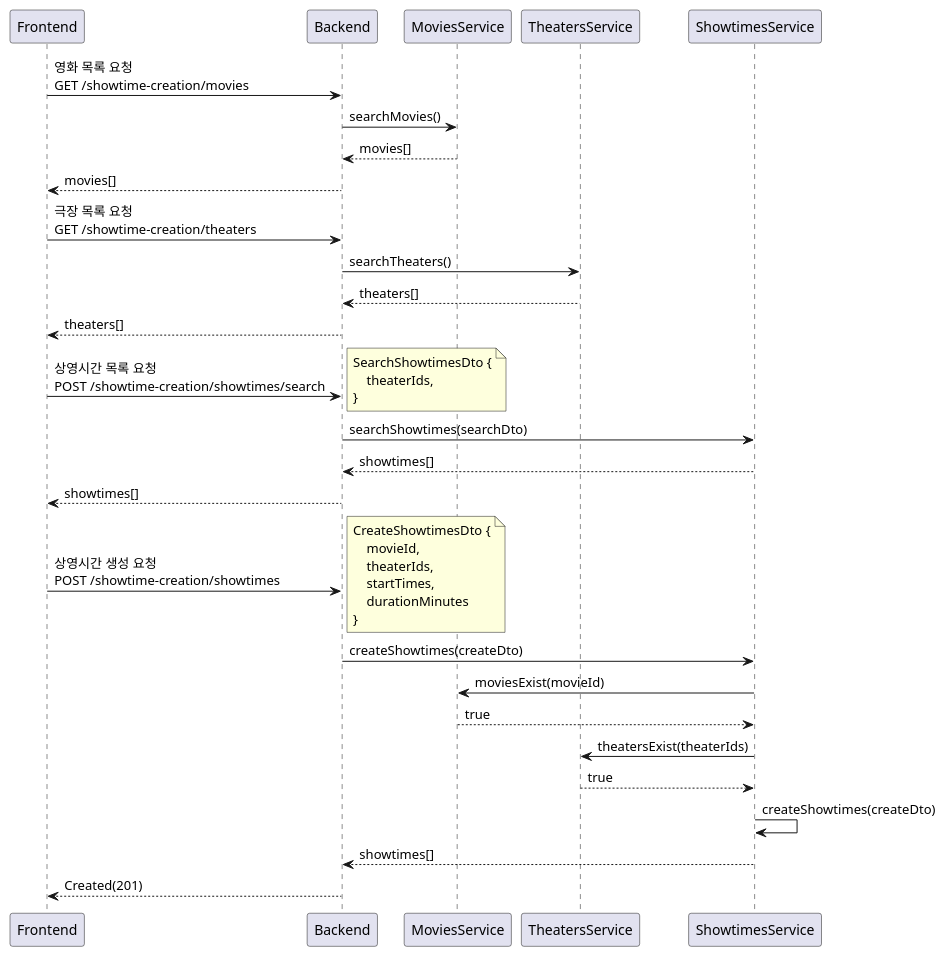
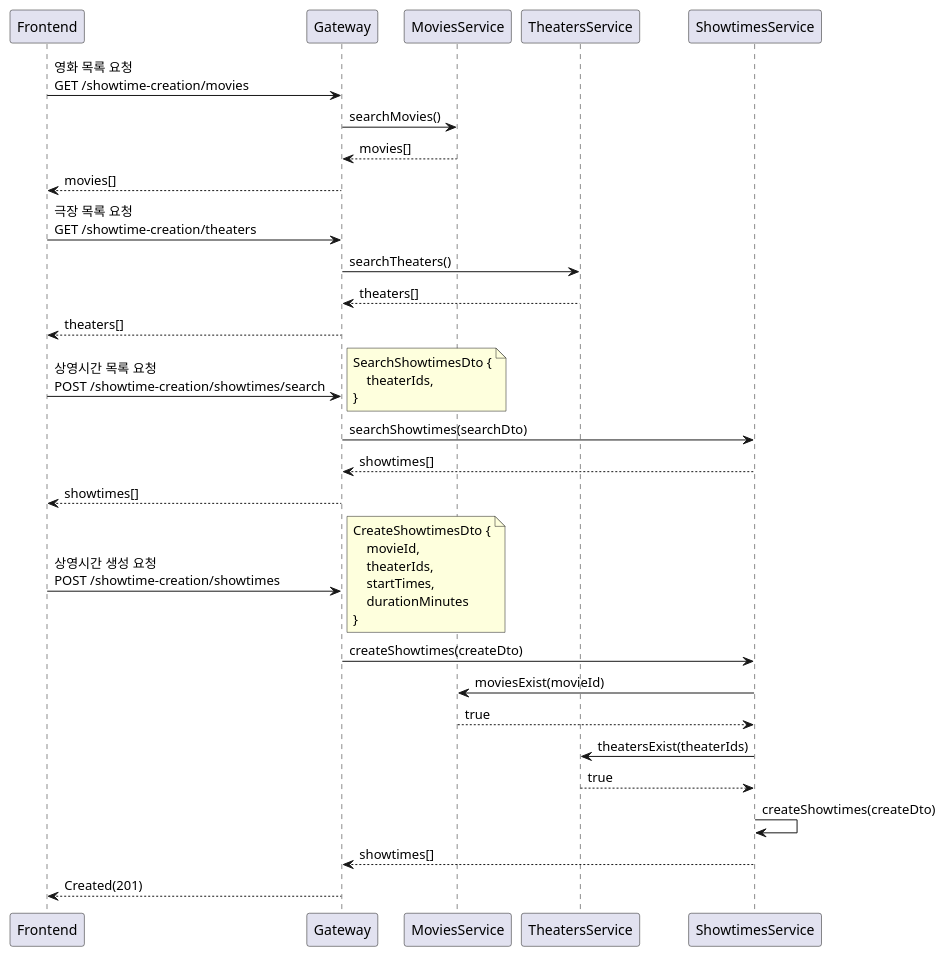
One commit to mannercode/mannercode.github.io changed the tenth of 14 diagrams in _posts/2025-05-01-backend-design-2.md. Above: the diagram before and after it, drawn with PlantUML. The commit also changed other lines of this file and 159 other files, not shown here.

First line of the commit message:
Add UML diagrams for Movie Booking System and update sequence diagrams

```diff
--- a/_posts/2025-05-01-backend-design-2.md
+++ b/_posts/2025-05-01-backend-design-2.md
@@ -444,44 +444,44 @@
 {% plantuml %}
 @startuml
-Frontend -> Backend: 영화 목록 요청\nGET /showtime-creation/movies
-    Backend -> MoviesService: searchMovies()
-    Backend <-- MoviesService: movies[]
-Frontend <-- Backend: movies[]
+Frontend -> Gateway: 영화 목록 요청\nGET /showtime-creation/movies
+    Gateway -> MoviesService: searchMovies()
+    Gateway <-- MoviesService: movies[]
+Frontend <-- Gateway: movies[]
 
-Frontend -> Backend: 극장 목록 요청\nGET /showtime-creation/theaters
-    Backend -> TheatersService: searchTheaters()
-    Backend <-- TheatersService: theaters[]
-Frontend <-- Backend: theaters[]
+Frontend -> Gateway: 극장 목록 요청\nGET /showtime-creation/theaters
+    Gateway -> TheatersService: searchTheaters()
+    Gateway <-- TheatersService: theaters[]
+Frontend <-- Gateway: theaters[]
 
-Frontend -> Backend: 상영시간 목록 요청\nPOST /showtime-creation/showtimes/search
+Frontend -> Gateway: 상영시간 목록 요청\nPOST /showtime-creation/showtimes/search
     note right
         SearchShowtimesDto {
             theaterIds,
         }
     end note
-    Backend -> ShowtimesService: searchShowtimes(searchDto)
-    Backend <-- ShowtimesService: showtimes[]
-Frontend <-- Backend: showtimes[]
+    Gateway -> ShowtimesService: searchShowtimes(searchDto)
+    Gateway <-- ShowtimesService: showtimes[]
+Frontend <-- Gateway: showtimes[]
 
-Frontend -> Backend: 상영시간 생성 요청\nPOST /showtime-creation/showtimes
+Frontend -> Gateway: 상영시간 생성 요청\nPOST /showtime-creation/showtimes
     note right
         CreateShowtimesDto {
             movieId,
             theaterIds,
             startTimes,
             durationMinutes
         }
     end note
-    Backend -> ShowtimesService: createShowtimes(createDto)
+    Gateway -> ShowtimesService: createShowtimes(createDto)
         ShowtimesService -> MoviesService: moviesExist(movieId)
         ShowtimesService <-- MoviesService: true
 
         ShowtimesService -> TheatersService: theatersExist(theaterIds)
         ShowtimesService <-- TheatersService: true
 
         ShowtimesService -> ShowtimesService: createShowtimes(createDto)
-    Backend <-- ShowtimesService: showtimes[]
-Frontend <-- Backend: Created(201)
+    Gateway <-- ShowtimesService: showtimes[]
+Frontend <-- Gateway: Created(201)
 
 @enduml
 {% endplantuml %}
```
